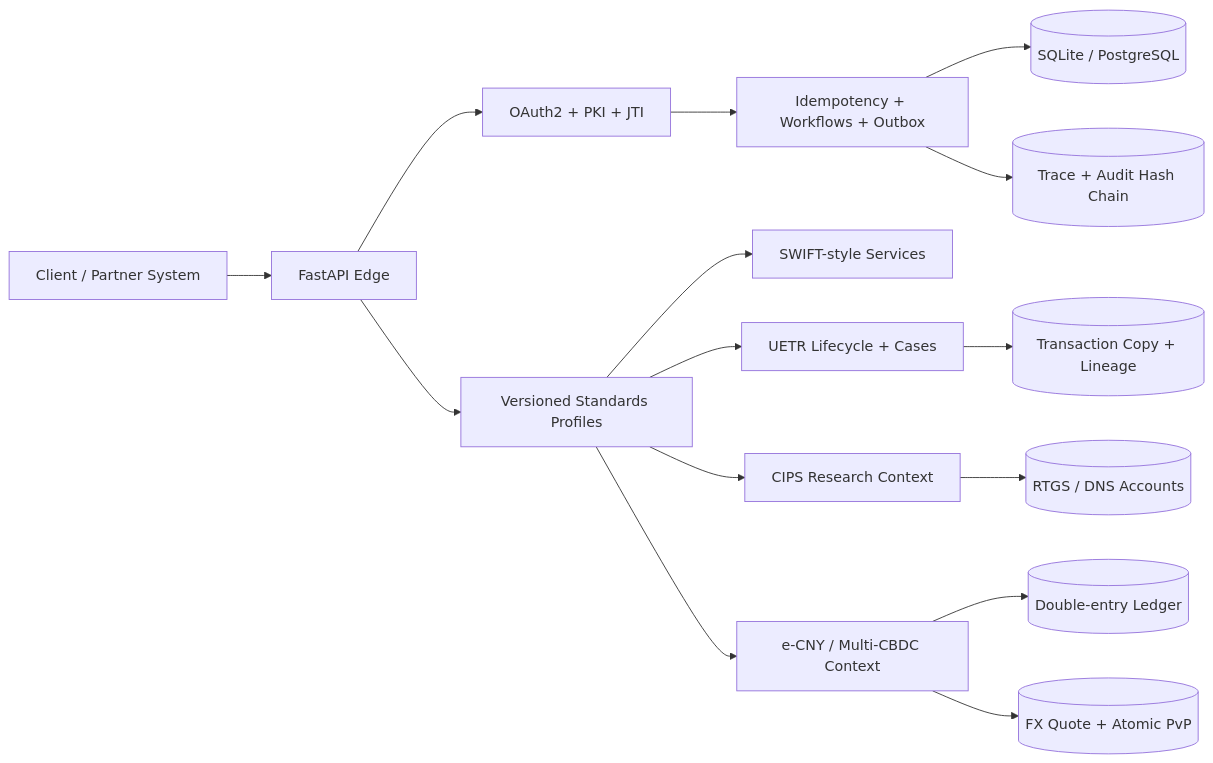
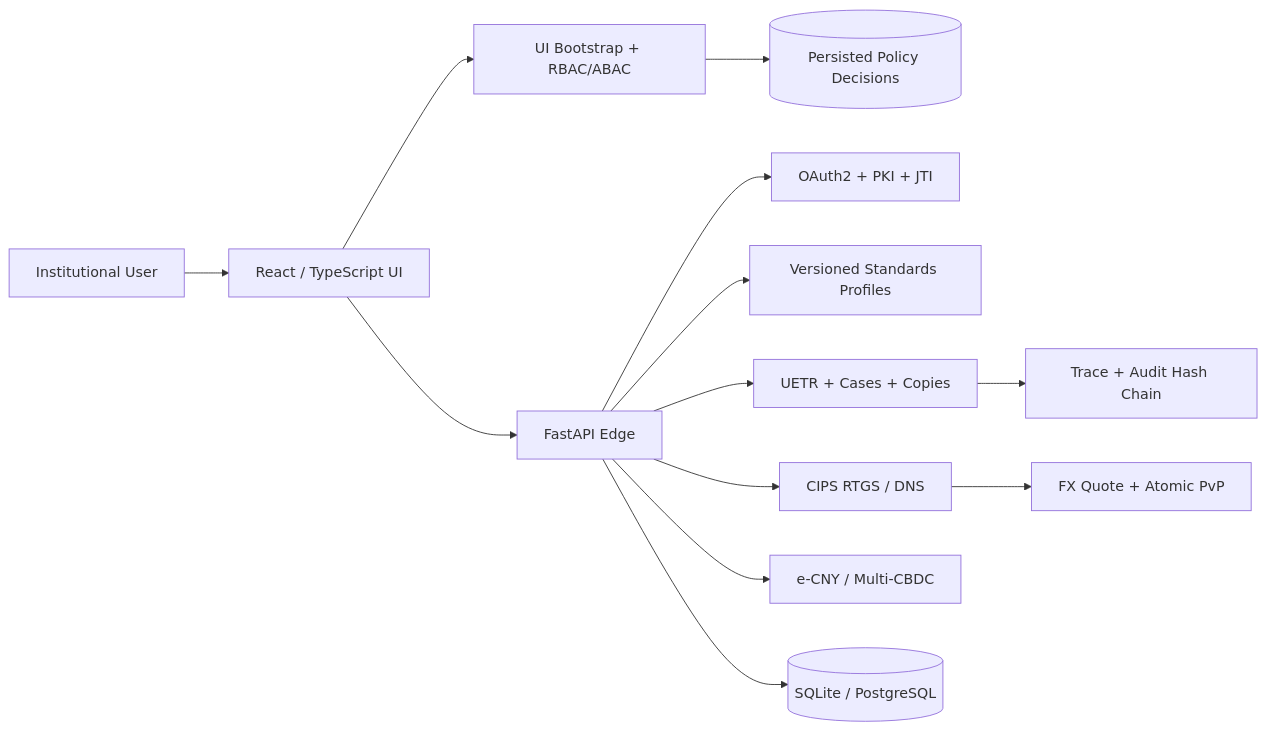
The diagram in README.md (24373054/00SWIFT), drawn with Mermaid before and after one commit. The commit also changed other lines of this file and 34 other files, not shown here.

````diff
--- a/README.md
+++ b/README.md
@@ -63,20 +68,17 @@
 ```mermaid
 flowchart LR
-    Client[Client / Partner System] --> Edge[FastAPI Edge]
+    User[Institutional User] --> UI[React / TypeScript UI]
+    UI --> UIPolicy[UI Bootstrap + RBAC/ABAC]
+    UI --> Edge[FastAPI Edge]
+
     Edge --> Identity[OAuth2 + PKI + JTI]
     Edge --> Standards[Versioned Standards Profiles]
+    Edge --> Lifecycle[UETR + Cases + Copies]
+    Edge --> CIPS[CIPS RTGS / DNS]
+    Edge --> CBDC[e-CNY / Multi-CBDC]
 
-    Standards --> Swift[SWIFT-style Services]
-    Standards --> Lifecycle[UETR Lifecycle + Cases]
-    Standards --> CIPS[CIPS Research Context]
-    Standards --> CBDC[e-CNY / Multi-CBDC Context]
-
-    Lifecycle --> Copy[(Transaction Copy + Lineage)]
-    CIPS --> Settlement[(RTGS / DNS Accounts)]
-    CBDC --> Ledger[(Double-entry Ledger)]
-    CBDC --> PVP[(FX Quote + Atomic PvP)]
-
-    Identity --> Runtime[Idempotency + Workflows + Outbox]
-    Runtime --> Data[(SQLite / PostgreSQL)]
-    Runtime --> Audit[(Trace + Audit Hash Chain)]
+    CIPS --> PVP[FX Quote + Atomic PvP]
+    Lifecycle --> Audit[Trace + Audit Hash Chain]
+    UIPolicy --> Decisions[(Persisted Policy Decisions)]
+    Edge --> Data[(SQLite / PostgreSQL)]
 ```
````
